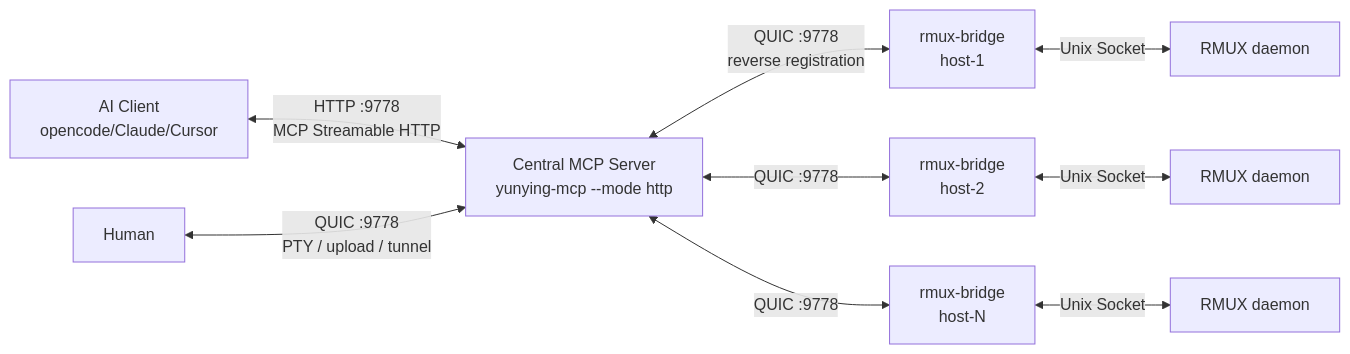
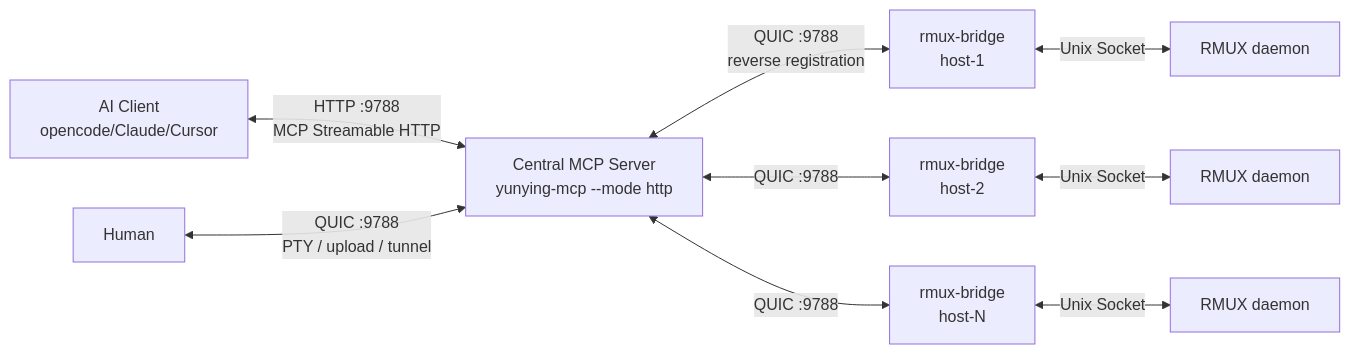
Before and after one commit to tddh/clum: the diagram in README.md, drawn with Mermaid. The commit also changed other lines of this file and 10 other files, not shown here.

````diff
--- a/README.md
+++ b/README.md
@@ -62,11 +62,11 @@
 ```mermaid
 graph LR
-    A[AI Client<br/>opencode/Claude/Cursor] <-->|HTTP :9778<br/>MCP Streamable HTTP| S[Central MCP Server<br/>yunying-mcp --mode http]
-    H[Human] <-->|QUIC :9778<br/>PTY / upload / tunnel| S
-    S <-->|QUIC :9778<br/>reverse registration| C1[rmux-bridge<br/>host-1]
-    S <-->|QUIC :9778| C2[rmux-bridge<br/>host-2]
-    S <-->|QUIC :9778| C3[rmux-bridge<br/>host-N]
+    A[AI Client<br/>opencode/Claude/Cursor] <-->|HTTP :9788<br/>MCP Streamable HTTP| S[Central MCP Server<br/>yunying-mcp --mode http]
+    H[Human] <-->|QUIC :9788<br/>PTY / upload / tunnel| S
+    S <-->|QUIC :9788<br/>reverse registration| C1[rmux-bridge<br/>host-1]
+    S <-->|QUIC :9788| C2[rmux-bridge<br/>host-2]
+    S <-->|QUIC :9788| C3[rmux-bridge<br/>host-N]
     C1 <-->|Unix Socket| D1[RMUX daemon]
     C2 <-->|Unix Socket| D2[RMUX daemon]
     C3 <-->|Unix Socket| D3[RMUX daemon]
 ```
````
